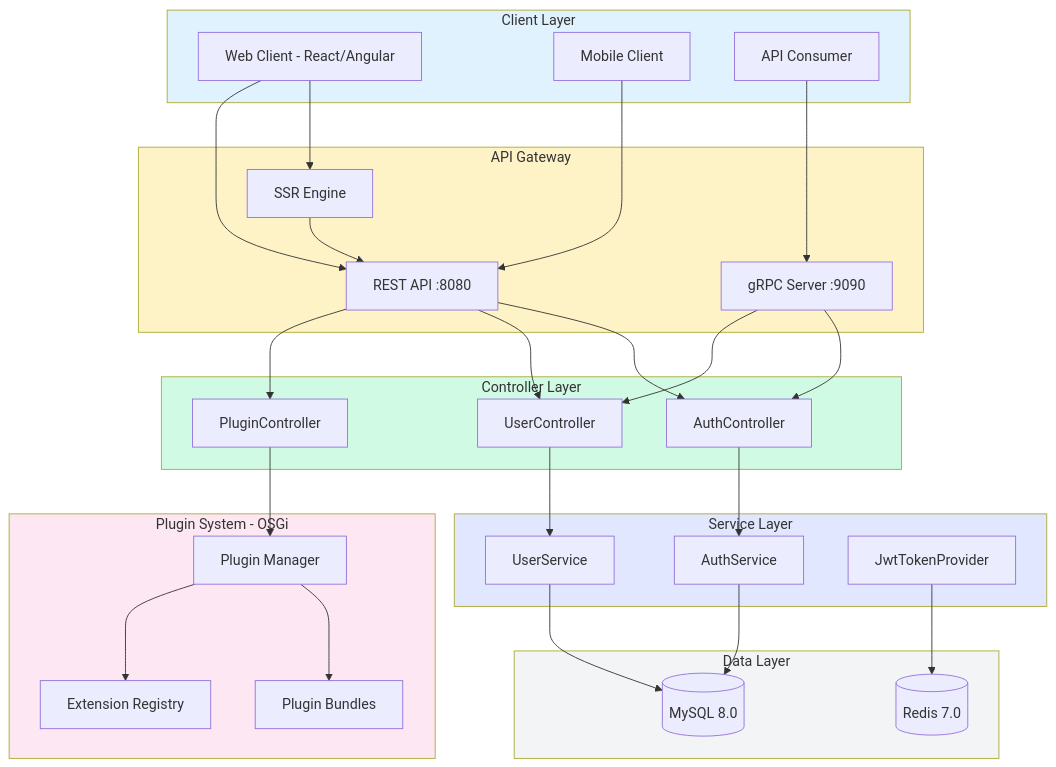
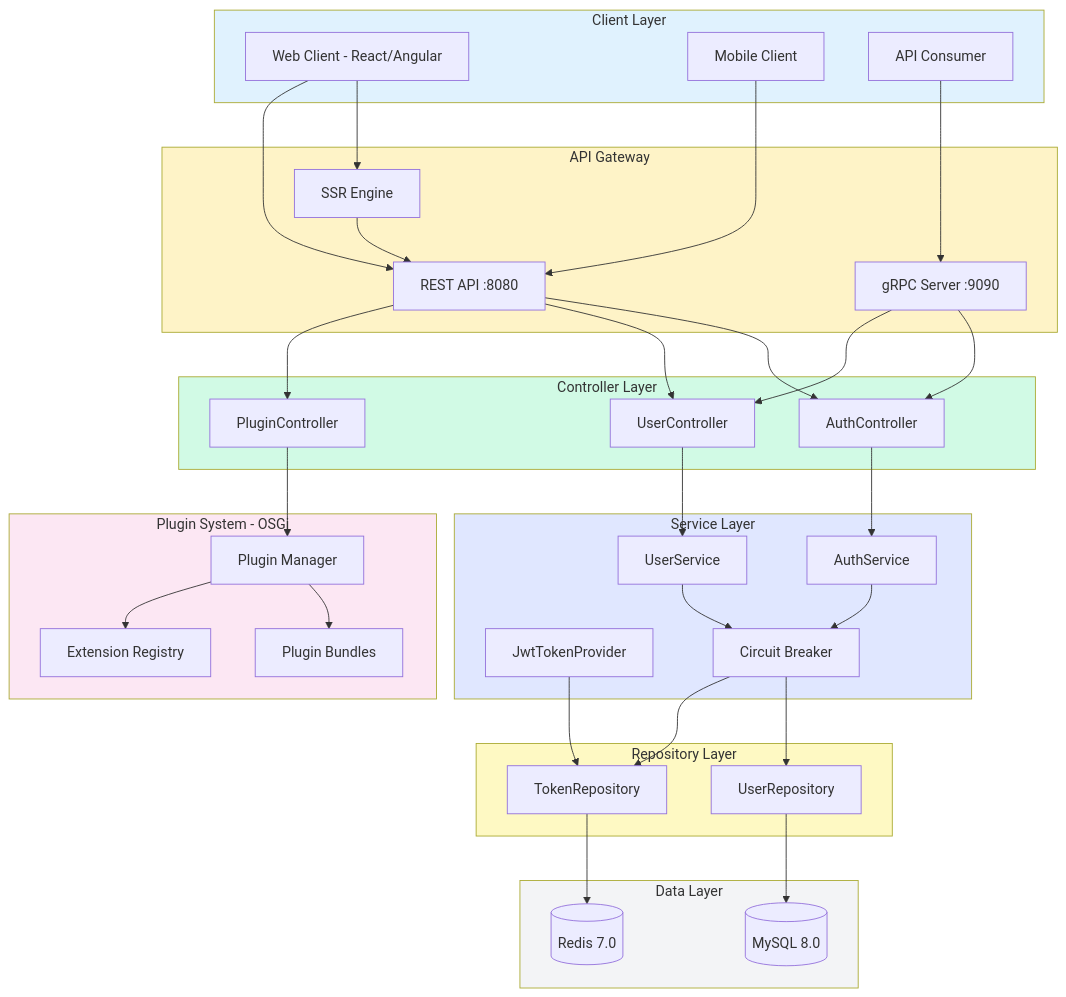
One commit to jrjohn/arcana-cloud-springboot changed the first of 6 diagrams in README.md. Above: the diagram before and after it, drawn with Mermaid.

````diff
--- a/README.md
+++ b/README.md
@@ -16,67 +16,79 @@
 ```mermaid
 flowchart TB
     subgraph Client["Client Layer"]
         WEB[Web Client - React/Angular]
         MOB[Mobile Client]
         API[API Consumer]
     end
 
     subgraph Gateway["API Gateway"]
         REST[REST API :8080]
         GRPC[gRPC Server :9090]
         SSR[SSR Engine]
     end
 
     subgraph Plugins["Plugin System - OSGi"]
         PM[Plugin Manager]
         PB[Plugin Bundles]
         EXT[Extension Registry]
     end
 
     subgraph Controller["Controller Layer"]
         AUTH[AuthController]
         USER[UserController]
         PLUG[PluginController]
     end
 
     subgraph Service["Service Layer"]
         AS[AuthService]
         US[UserService]
         JWT[JwtTokenProvider]
+        CB[Circuit Breaker]
+    end
+
+    subgraph Repository["Repository Layer"]
+        UR[UserRepository]
+        TR[TokenRepository]
     end
 
     subgraph Data["Data Layer"]
         MYSQL[(MySQL 8.0)]
         REDIS[(Redis 7.0)]
     end
 
     WEB --> SSR
     WEB --> REST
     MOB --> REST
     API --> GRPC
 
     SSR --> REST
     REST --> AUTH
     REST --> USER
     REST --> PLUG
     GRPC --> AUTH
     GRPC --> USER
 
     PLUG --> PM
     PM --> PB
     PM --> EXT
 
     AUTH --> AS
     USER --> US
 
-    AS --> MYSQL
-    US --> MYSQL
-    JWT --> REDIS
+    AS --> CB
+    US --> CB
+    CB --> UR
+    CB --> TR
+    JWT --> TR
+
+    UR --> MYSQL
+    TR --> REDIS
 
     style Client fill:#e0f2fe
     style Gateway fill:#fef3c7
     style Plugins fill:#fce7f3
     style Controller fill:#d1fae5
     style Service fill:#e0e7ff
+    style Repository fill:#fef9c3
     style Data fill:#f3f4f6
 ```
````
